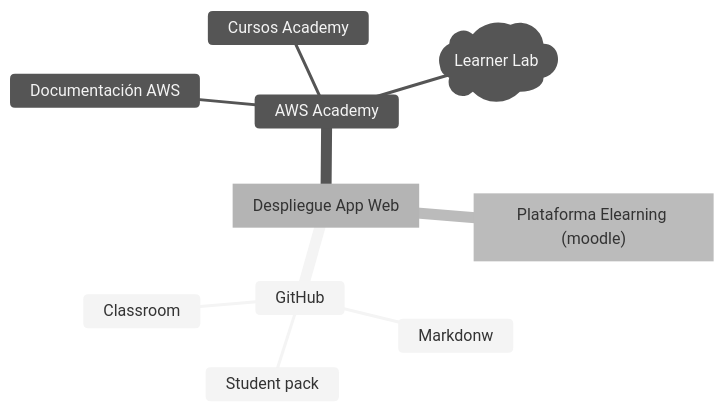
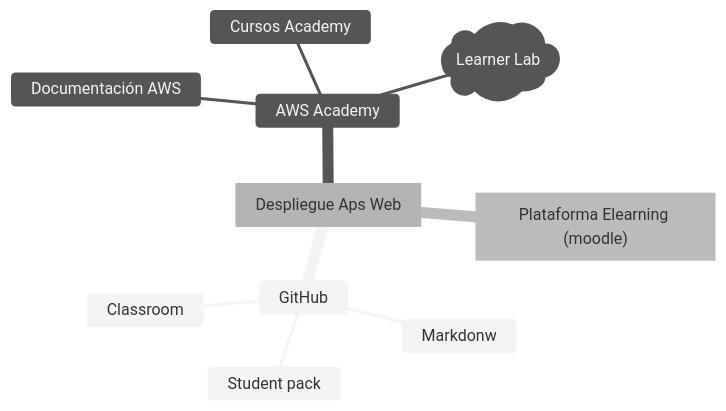
Before and after one commit to lmorillas/como-uso-learner-labs: the first of 2 diagrams in content/home/mapas.md, drawn with Mermaid (neutral theme). The commit also changed 3 other files, not shown here.

````diff
--- a/content/home/mapas.md
+++ b/content/home/mapas.md
@@ -14,21 +14,20 @@
 ```mermaid
 mindmap
-  root[Despliegue App Web]
+  root[Despliegue Aps Web]
       GitHub
       ::icon(fab fa-git)
           Markdonw
           ::icon(fa-brands fa-markdown)
           Student pack
           ::icon(fa fa-book)
           Classroom
           ::icon(fab fa-github)
       AWS Academy
       ::icon(fab fa-aws)
           Documentación AWS
           Cursos Academy
           Learner Lab)Learner Lab(
           ::icon(fa fa-circle-right)
       id3["Plataforma Elearning (moodle)"]
       ::icon(fa fa-graduation-cap)
-
 ```
````
